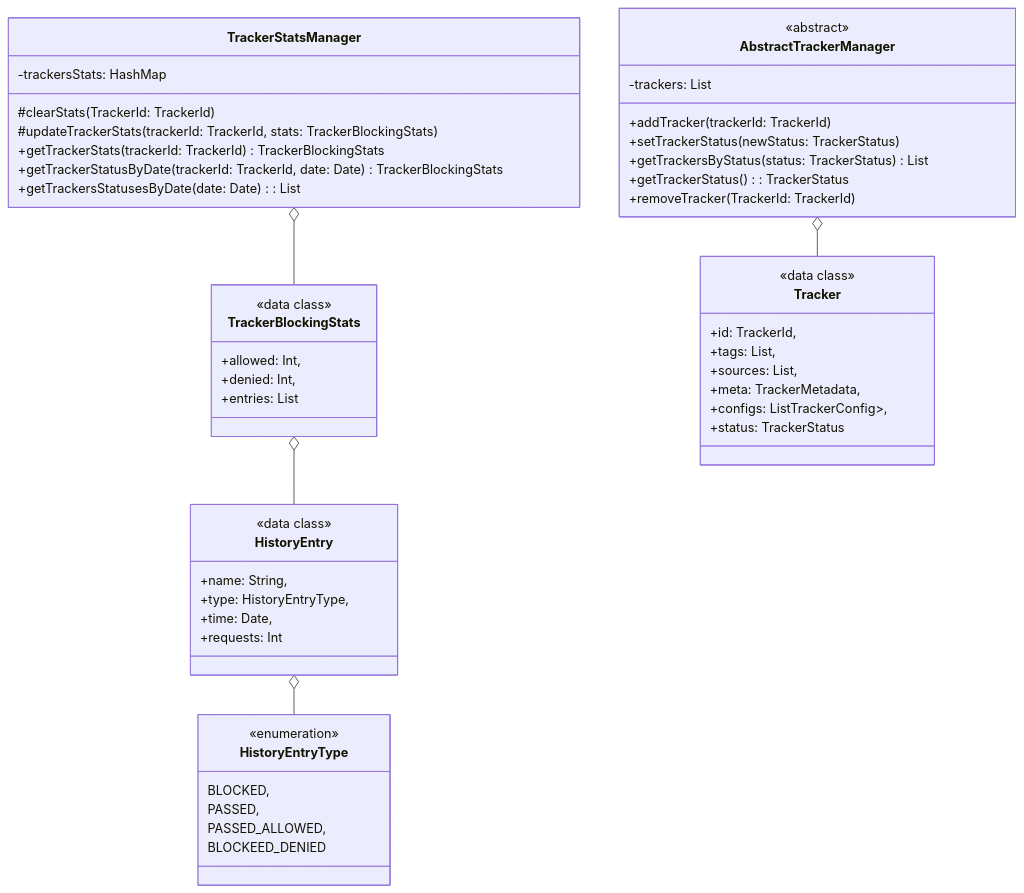
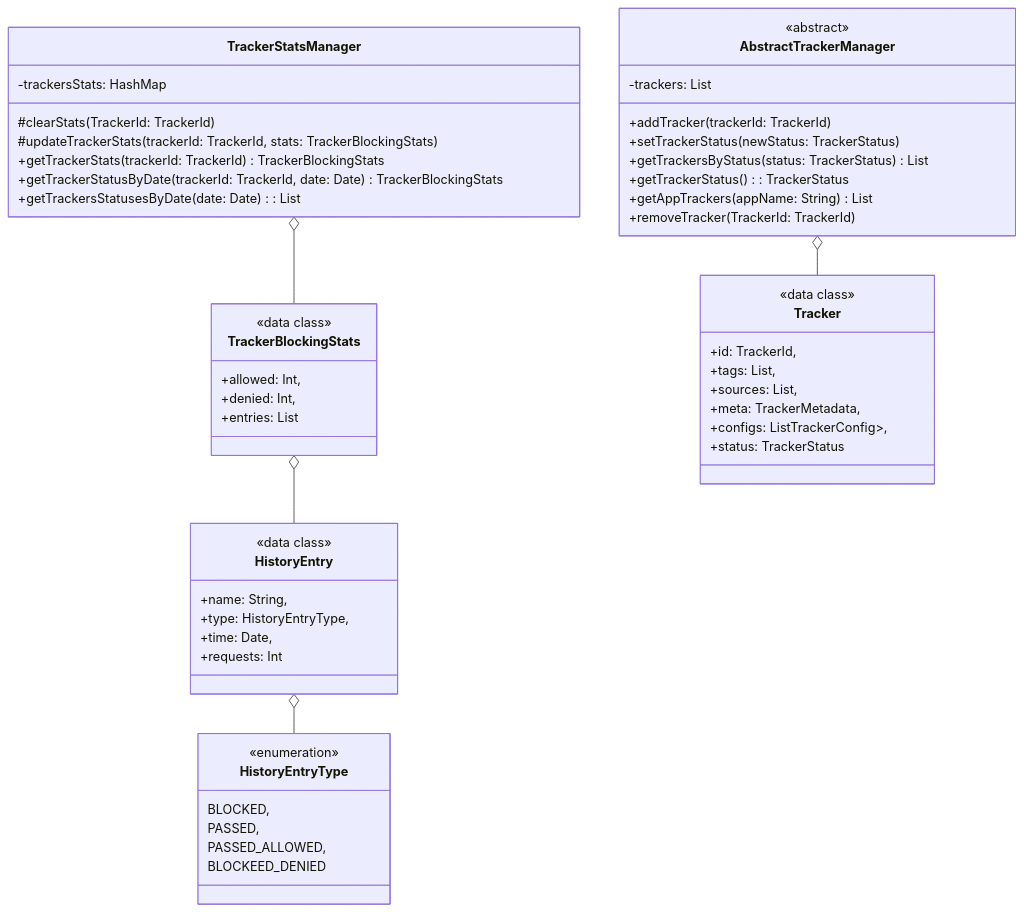
One commit to LedgerProject/e_privacycentral_privacymodulesapi changed the second of 2 diagrams in README.md. Above: the diagram before and after it, drawn with Mermaid.

Commit message:
Update README.md added getAppTrackers(appName: String) method for retrieving trackers by app

````diff
--- a/README.md
+++ b/README.md
@@ -108,61 +108,62 @@
 ```mermaid
 classDiagram
 
 TrackerBlockingStats o-- HistoryEntry
 HistoryEntry o-- HistoryEntryType
 AbstractTrackerManager o-- Tracker
 TrackerStatsManager o-- TrackerBlockingStats
 
 
  class Tracker{
     <<data class>>
     +id: TrackerId,
     +tags: List<Tag>,
     +sources: List<TrackerSource>,
     +meta: TrackerMetadata,
     +configs: ListTrackerConfig>,
     +status: TrackerStatus
     }
 
     class AbstractTrackerManager{
     <<abstract>>
     -trackers: List<Tracker>
     +addTracker(trackerId: TrackerId)
     +setTrackerStatus(newStatus: TrackerStatus)
     +getTrackersByStatus(status: TrackerStatus) List<Tracker>
     +getTrackerStatus(): TrackerStatus
+    +getAppTrackers(appName: String) List<Tracker>
     +removeTracker(TrackerId: TrackerId)
     }
 
     class TrackerStatsManager{
     -trackersStats: HashMap<TrackerId, TrackerBlockingStats>
     #clearStats(TrackerId: TrackerId)
     #updateTrackerStats(trackerId: TrackerId, stats: TrackerBlockingStats)
     +getTrackerStats(trackerId: TrackerId) TrackerBlockingStats
     +getTrackerStatusByDate(trackerId: TrackerId, date: Date) TrackerBlockingStats
     +getTrackersStatusesByDate(date: Date): List<TrackerBlockingStats>
     }
 
     class TrackerBlockingStats{
     <<data class>>
     +allowed: Int,
     +denied: Int,
     +entries: List<HistoryEntry>
     }
 
     class HistoryEntry{
     <<data class>>
     +name: String,
     +type: HistoryEntryType,
     +time: Date,
     +requests: Int
     }
 
     class HistoryEntryType {
     <<enumeration>>
     BLOCKED,
     PASSED,
     PASSED_ALLOWED, 
     BLOCKEED_DENIED
 }
 ```
````
